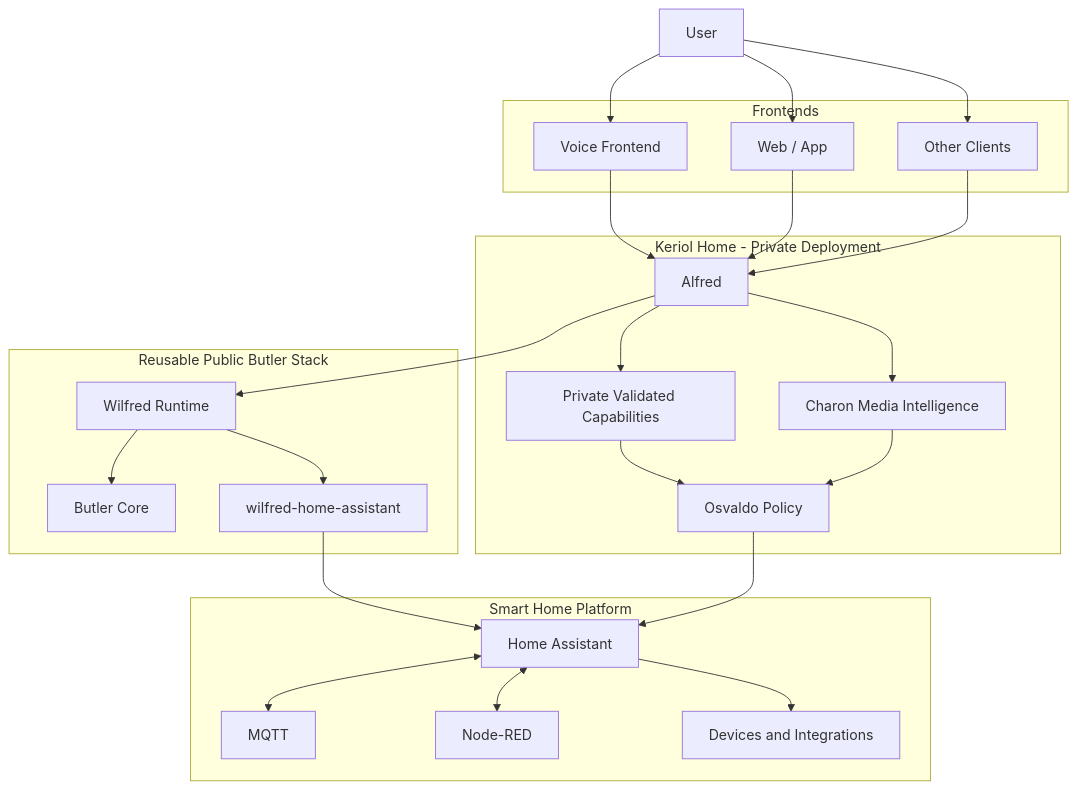
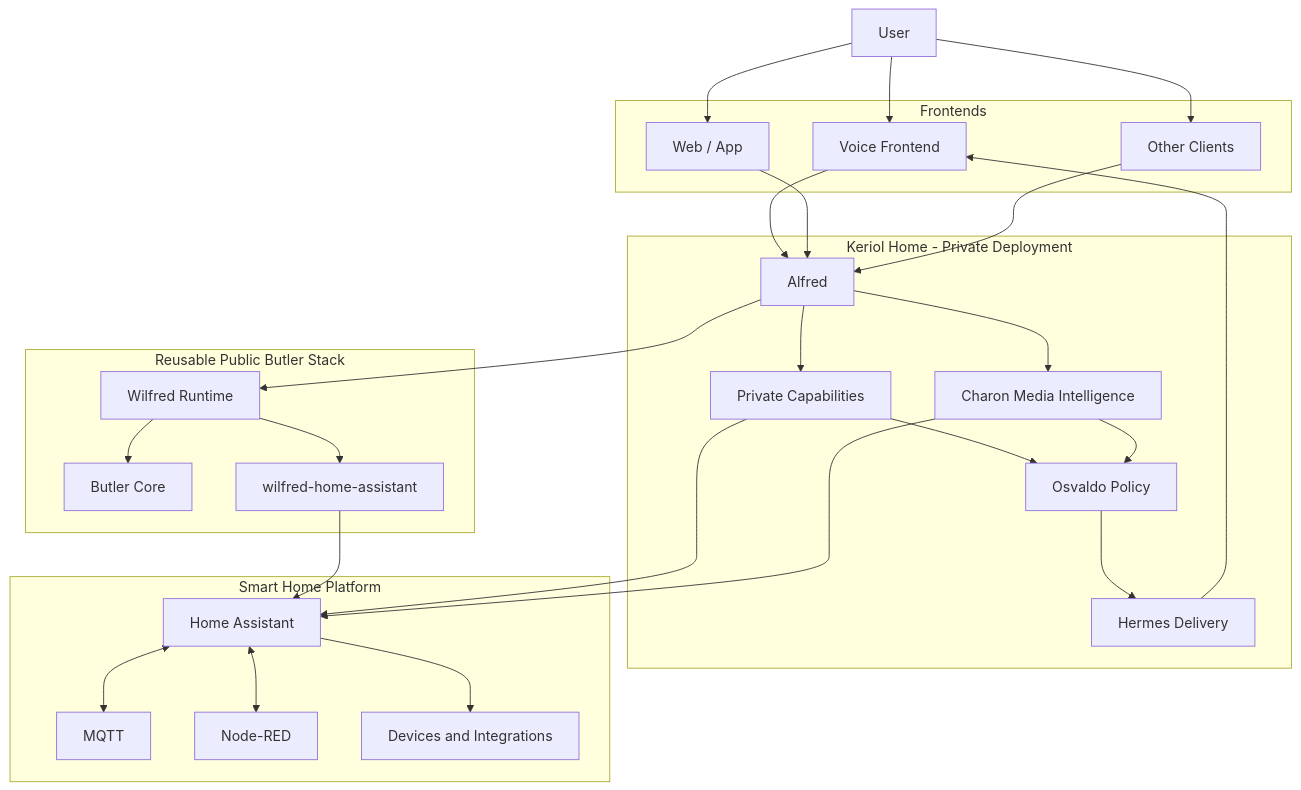
Before and after one commit to keriol/Iot-home-automation: the diagram in docs/diagrams/architecture.md, drawn with Mermaid. The commit also changed other lines of this file, not shown here.

Commit message:
docs(portfolio): refresh architecture delivery diagram [DOC-003]

````diff
--- a/docs/diagrams/architecture.md
+++ b/docs/diagrams/architecture.md
@@ -3,55 +3,60 @@
 ```mermaid
 flowchart TD
     User[User]
 
     subgraph Frontends
         Voice[Voice Frontend]
         Web[Web / App]
         Other[Other Clients]
     end
 
     subgraph Private["Keriol Home - Private Deployment"]
         Alfred[Alfred]
         Osvaldo[Osvaldo Policy]
         Charon[Charon Media Intelligence]
-        PrivateCaps[Private Validated Capabilities]
+        Hermes[Hermes Delivery]
+        PrivateCaps[Private Capabilities]
     end
 
     subgraph Public["Reusable Public Butler Stack"]
         Wilfred[Wilfred Runtime]
         Core[Butler Core]
         HAPlugin[wilfred-home-assistant]
     end
 
     subgraph Home["Smart Home Platform"]
         HA[Home Assistant]
         MQTT[MQTT]
         NodeRED[Node-RED]
         Devices[Devices and Integrations]
     end
 
     User --> Voice
     User --> Web
     User --> Other
 
     Voice --> Alfred
     Web --> Alfred
     Other --> Alfred
 
     Alfred --> Wilfred
     Wilfred --> Core
 
     Wilfred --> HAPlugin
     HAPlugin --> HA
 
     Alfred --> PrivateCaps
     Alfred --> Charon
 
     PrivateCaps --> Osvaldo
     Charon --> Osvaldo
-    Osvaldo --> HA
+    Osvaldo --> Hermes
+    Hermes --> Voice
+
+    PrivateCaps --> HA
+    Charon --> HA
 
     HA --> Devices
     HA <--> MQTT
     HA <--> NodeRED
 ```
````
